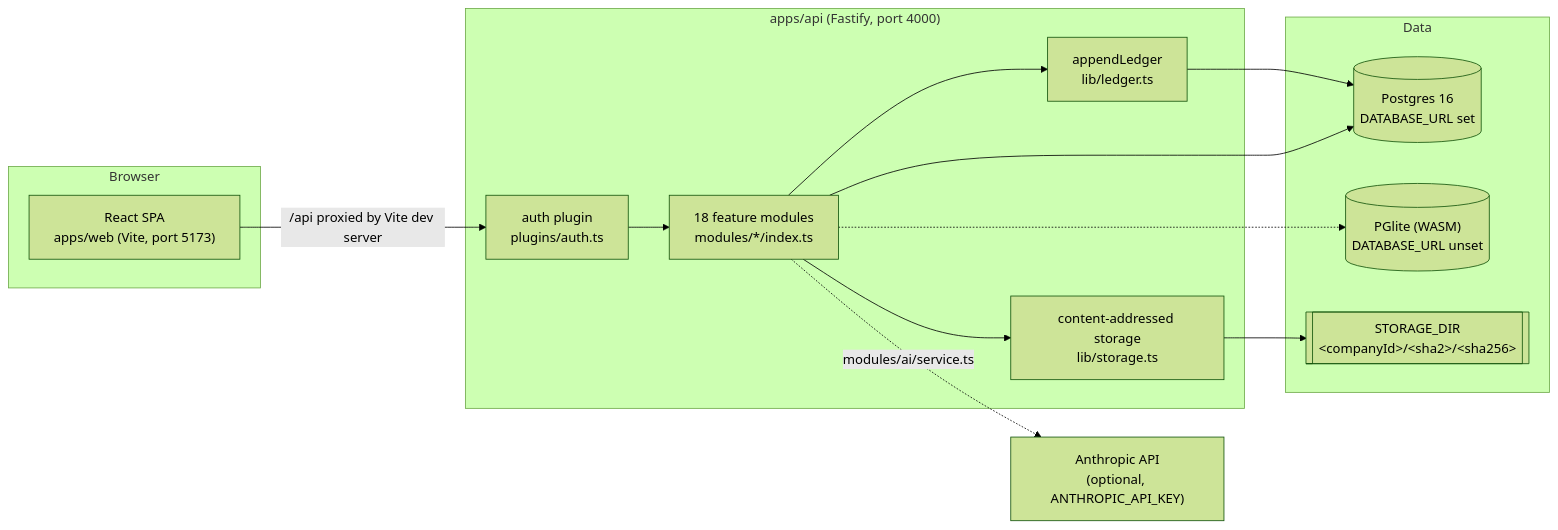
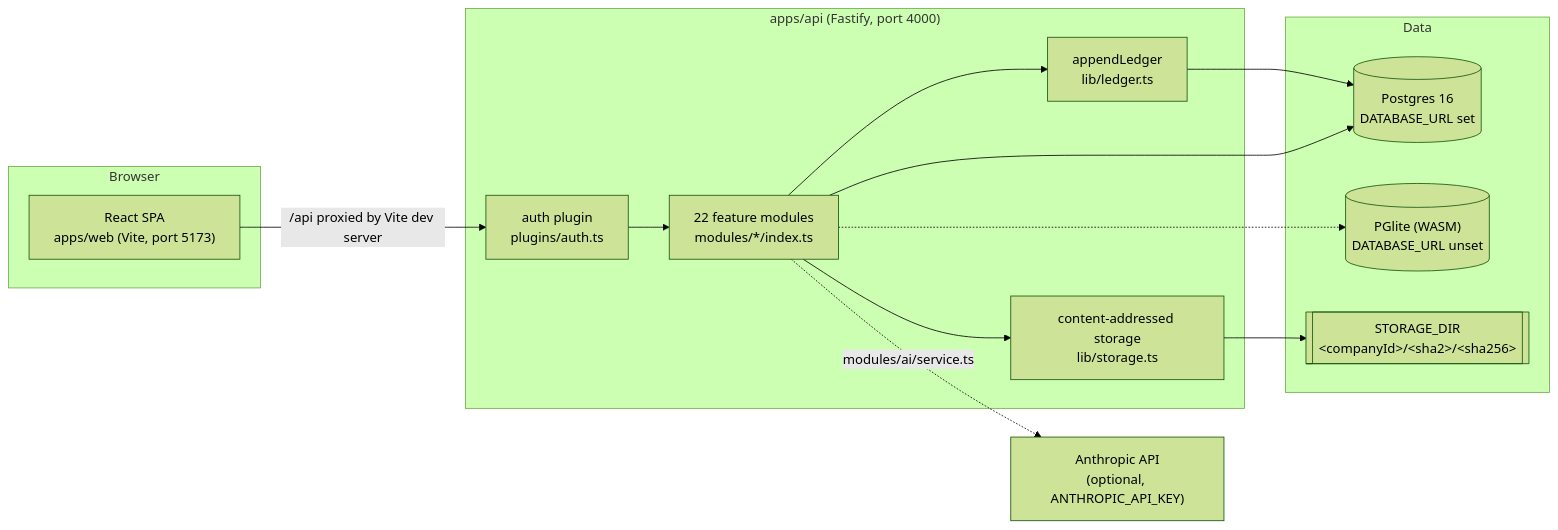
The first of 9 diagrams in docs/architecture.md (Emmanuelok/procore-ultimate), drawn with Mermaid (forest theme) before and after one commit. The commit also changed other lines of this file and 40 other files, not shown here.

````diff
--- a/docs/architecture.md
+++ b/docs/architecture.md
@@ -61,28 +61,28 @@
 ```mermaid
 flowchart LR
     subgraph Browser
         SPA["React SPA<br/>apps/web (Vite, port 5173)"]
     end
     subgraph API["apps/api (Fastify, port 4000)"]
         AUTH["auth plugin<br/>plugins/auth.ts"]
-        MODS["18 feature modules<br/>modules/*/index.ts"]
+        MODS["22 feature modules<br/>modules/*/index.ts"]
         LEDGER["appendLedger<br/>lib/ledger.ts"]
         STORE["content-addressed storage<br/>lib/storage.ts"]
     end
     subgraph Data
         PG[("Postgres 16<br/>DATABASE_URL set")]
         PGL[("PGlite (WASM)<br/>DATABASE_URL unset")]
         FS[["STORAGE_DIR<br/>&lt;companyId&gt;/&lt;sha2&gt;/&lt;sha256&gt;"]]
     end
     ANTH["Anthropic API<br/>(optional, ANTHROPIC_API_KEY)"]
 
     SPA -- "/api proxied by Vite dev server" --> AUTH
     AUTH --> MODS
     MODS --> LEDGER
     MODS --> STORE
     LEDGER --> PG
     MODS --> PG
     MODS -.-> PGL
     STORE --> FS
     MODS -. "modules/ai/service.ts" .-> ANTH
 ```
````
